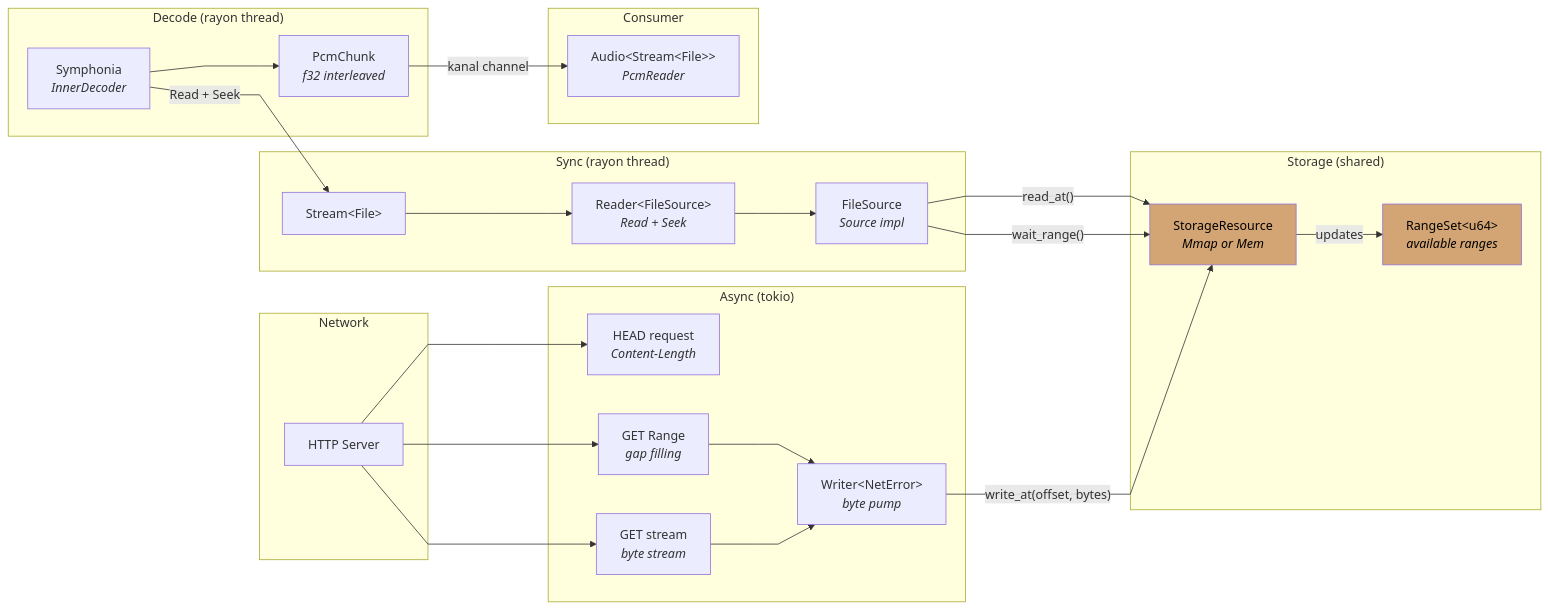
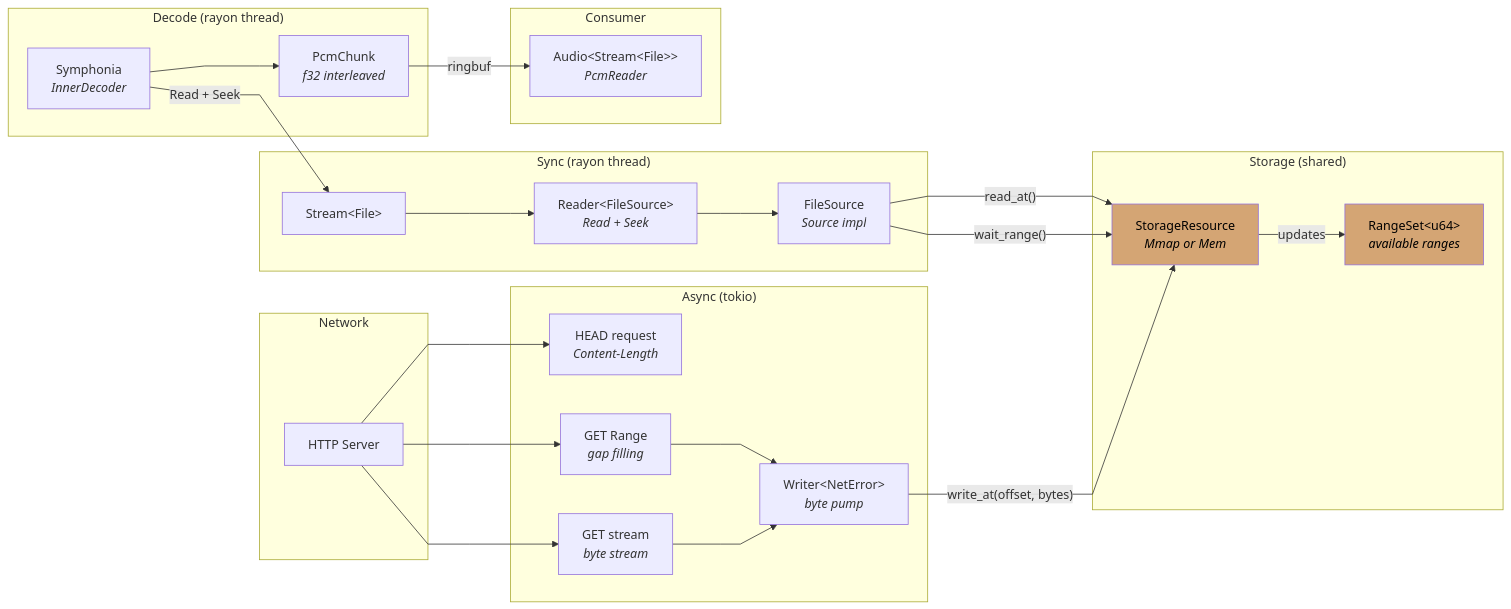
The diagram in crates/kithara-file/README.md (zvuk/kithara), drawn with Mermaid before and after one commit. The commit also changed 135 other files, not shown here.

````diff
--- a/crates/kithara-file/README.md
+++ b/crates/kithara-file/README.md
@@ -30,52 +30,52 @@
 ```mermaid
 %%{init: {"flowchart": {"curve": "linear"}} }%%
 flowchart LR
     subgraph Network
         HTTP["HTTP Server"]
     end
 
     subgraph "Async (tokio)"
         HEAD["HEAD request<br/><i>Content-Length</i>"]
         GET["GET stream<br/><i>byte stream</i>"]
         Writer["Writer&lt;NetError&gt;<br/><i>byte pump</i>"]
         RangeReq["GET Range<br/><i>gap filling</i>"]
     end
 
     subgraph "Storage (shared)"
         SR["StorageResource<br/><i>Mmap or Mem</i>"]
         RS["RangeSet&lt;u64&gt;<br/><i>available ranges</i>"]
     end
 
     subgraph "Sync (rayon thread)"
         FS["FileSource<br/><i>Source impl</i>"]
         Reader["Reader&lt;FileSource&gt;<br/><i>Read + Seek</i>"]
         StreamW["Stream&lt;File&gt;"]
     end
 
     subgraph "Decode (rayon thread)"
         Decoder["Symphonia<br/><i>InnerDecoder</i>"]
         PCM["PcmChunk<br/><i>f32 interleaved</i>"]
     end
 
     subgraph "Consumer"
         Audio["Audio&lt;Stream&lt;File&gt;&gt;<br/><i>PcmReader</i>"]
     end
 
     HTTP --> HEAD
     HTTP --> GET
     HTTP --> RangeReq
     GET --> Writer
     RangeReq --> Writer
     Writer -- "write_at(offset, bytes)" --> SR
     SR -- "updates" --> RS
     FS -- "wait_range()" --> SR
     FS -- "read_at()" --> SR
     Reader --> FS
     StreamW --> Reader
     Decoder -- "Read + Seek" --> StreamW
     Decoder --> PCM
-    PCM -- "kanal channel" --> Audio
+    PCM -- "ringbuf" --> Audio
 
     style SR fill:#d4a574,color:#000
     style RS fill:#d4a574,color:#000
 ```
````
